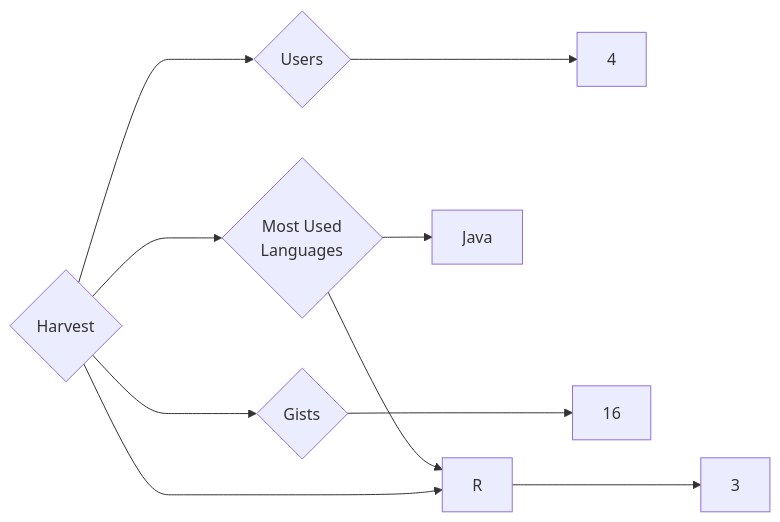
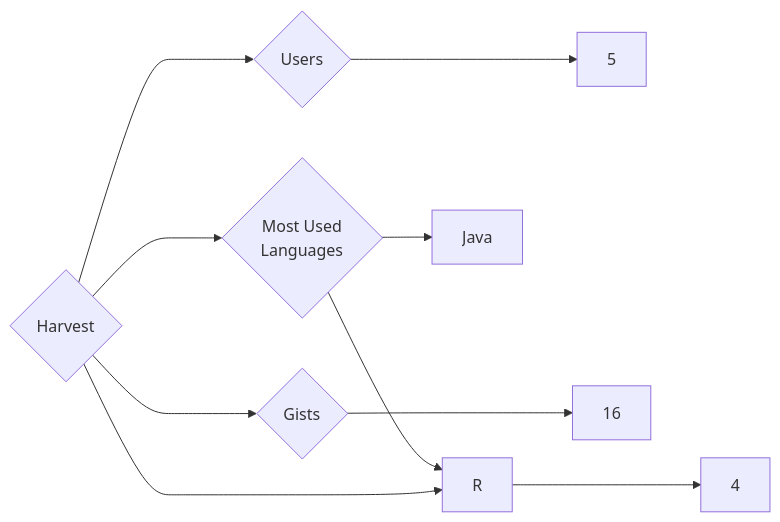
The diagram in targets/Harvest/README.md (trickest/insiders), drawn with Mermaid before and after one commit. The commit also changed 938 other files, not shown here.

````diff
--- a/targets/Harvest/README.md
+++ b/targets/Harvest/README.md
@@ -3,10 +3,10 @@
 ```mermaid
 graph LR
 COMPANY_NAME{Harvest}
-COMPANY_NAME ---> U{Users} ---> UN[4]
-COMPANY_NAME ---> R{Repositories} ---> RN[3]
+COMPANY_NAME ---> U{Users} ---> UN[5]
+COMPANY_NAME ---> R{Repositories} ---> RN[4]
 COMPANY_NAME ---> G{Gists} ---> GN[16]
 COMPANY_NAME ---> ML{Most Used<br>Languages}
 ML --> Java[Java]
 ML --> R[R]
 ```
````
